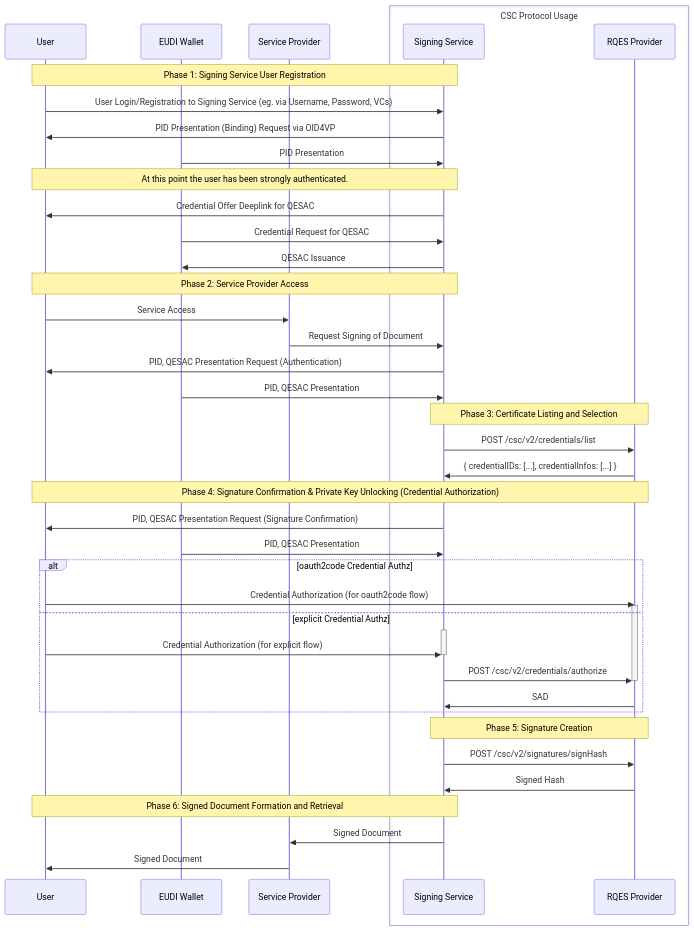
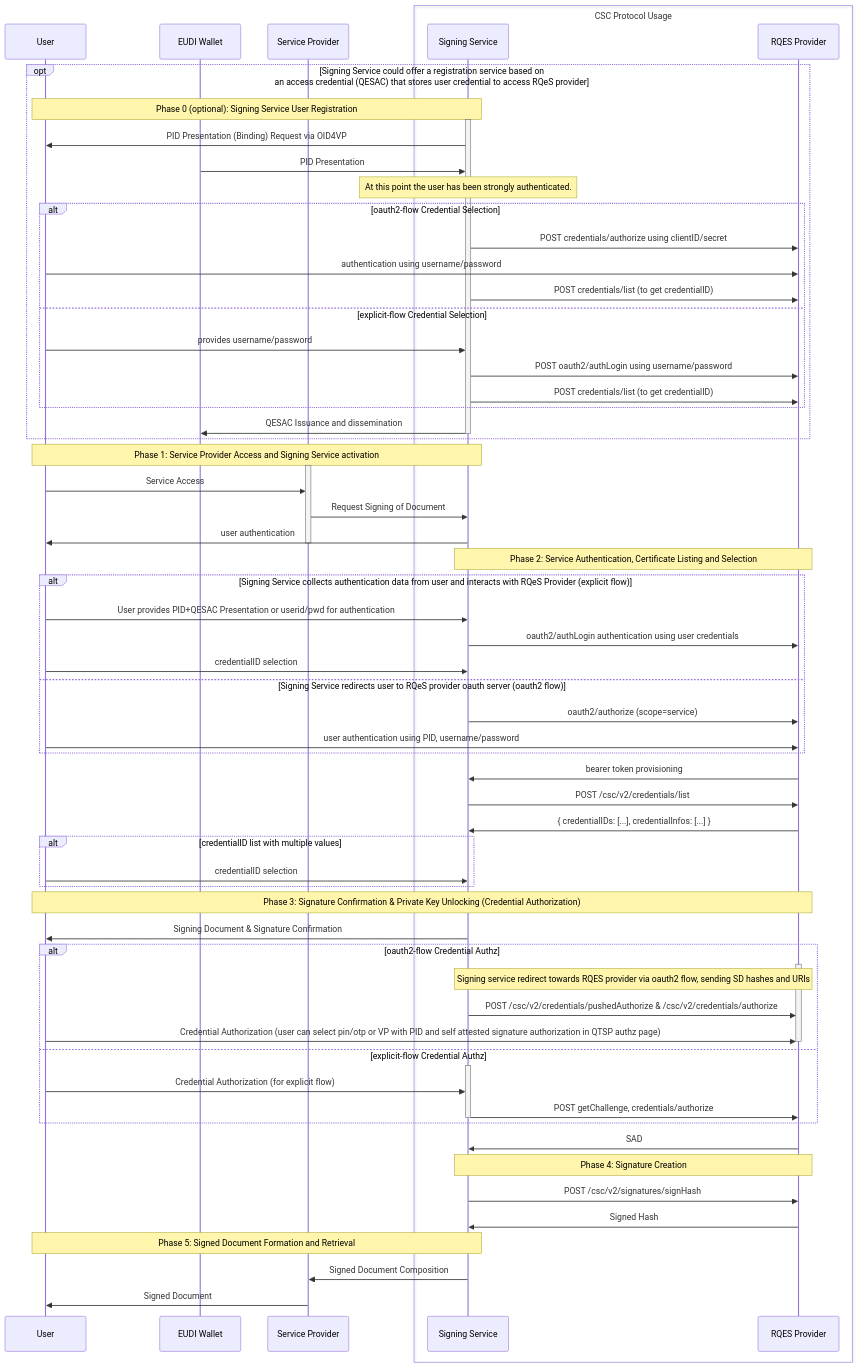
Before and after one commit to EWC-consortium/eudi-wallet-rfcs: the first of 7 diagrams in ewc-rfc010-long-term-certifice-qes-creation.md, drawn with Mermaid. The commit also changed other lines of this file, not shown here.

````diff
--- a/ewc-rfc010-long-term-certifice-qes-creation.md
+++ b/ewc-rfc010-long-term-certifice-qes-creation.md
@@ -88,57 +87,77 @@
 ```mermaid
    sequenceDiagram
     participant User
     participant EUDI Wallet
     participant Service Provider
     box CSC Protocol Usage
     participant Signing Service
     participant RQES Provider
     end
     
-    Note over User, Signing Service: Phase 1: Signing Service User Registration
-    User->>Signing Service: User Login/Registration to Signing Service (eg. via Username, Password, VCs)
-    Signing Service->>User: PID Presentation (Binding) Request via OID4VP
-    EUDI Wallet->>Signing Service: PID Presentation
-    Note over User, Signing Service: At this point the user has been strongly authenticated.
+    opt Signing Service could offer a registration service based on <br/>an access credential (QESAC) that stores user credential to access RQeS provider
+    Note over User, Signing Service: Phase 0 (optional): Signing Service User Registration
+      activate Signing Service
+      Signing Service->>User: PID Presentation (Binding) Request via OID4VP
+      EUDI Wallet->>Signing Service: PID Presentation
+      Note over Signing Service: At this point the user has been strongly authenticated.
+      alt  oauth2-flow Credential Selection
+        Signing Service->>RQES Provider: POST credentials/authorize using clientID/secret
+        User->>RQES Provider: authentication using username/password
+        Signing Service->>RQES Provider: POST credentials/list (to get credentialID)
+      else explicit-flow Credential Selection
+        User->>Signing Service: provides username/password
+        Signing Service->>RQES Provider: POST oauth2/authLogin using username/password
+        Signing Service->>RQES Provider: POST credentials/list (to get credentialID)
+      end
+    Signing Service->>EUDI Wallet: QESAC Issuance and dissemination
+    deactivate Signing Service
+    end
 
-    Signing Service->>User: Credential Offer Deeplink for QESAC
-    EUDI Wallet->>Signing Service: Credential Request for QESAC
-    Signing Service->>EUDI Wallet: QESAC Issuance
-
-    Note over User, Signing Service: Phase 2: Service Provider Access
+    Note over User, Signing Service: Phase 1: Service Provider Access and Signing Service activation
+    activate Service Provider
     User->>Service Provider: Service Access
     Service Provider->>Signing Service: Request Signing of Document
-    Signing Service->>User: PID, QESAC Presentation Request (Authentication)
-    EUDI Wallet->>Signing Service: PID, QESAC Presentation
-
-    Note over Signing Service, RQES Provider: Phase 3: Certificate Listing and Selection
+    Signing Service->>User: user authentication
+    deactivate Service Provider
+    
+    Note over Signing Service, RQES Provider: Phase 2: Service Authentication, Certificate Listing and Selection
+    alt Signing Service collects authentication data from user and interacts with RQeS Provider (explicit flow)
+      User->>Signing Service: User provides PID+QESAC Presentation or userid/pwd for authentication  
+      Signing Service->>RQES Provider: oauth2/authLogin authentication using user credentials
+      User->>Signing Service: credentialID selection
+    else Signing Service redirects user to RQeS provider oauth server (oauth2 flow)
+      Signing Service->>RQES Provider: oauth2/authorize (scope=service)
+      User->>RQES Provider: user authentication using PID, username/password
+    end
+    RQES Provider->>Signing Service: bearer token provisioning
     Signing Service->>RQES Provider: POST /csc/v2/credentials/list
     RQES Provider->>Signing Service: { credentialIDs: [...], credentialInfos: [...] }
-
-    Note over User, RQES Provider: Phase 4: Signature Confirmation & Private Key Unlocking (Credential Authorization)
-    Signing Service->>User: PID, QESAC Presentation Request (Signature Confirmation)
-    EUDI Wallet->>Signing Service: PID, QESAC Presentation
-
-    alt oauth2code Credential Authz
-    User->>RQES Provider: Credential Authorization (for oauth2code flow)
-    activate RQES Provider
-    else explicit Credential Authz
-    activate Signing Service
-    User->>Signing Service: Credential Authorization (for explicit flow)
-    deactivate Signing Service
-    
-    
-
-    Signing Service->>RQES Provider: POST /csc/v2/credentials/authorize
-    deactivate RQES Provider
-    RQES Provider->>Signing Service: SAD
+    alt credentialID list with multiple values
+      User->>Signing Service: credentialID selection 
     end
 
-    Note over Signing Service, RQES Provider: Phase 5: Signature Creation
+    Note over User, RQES Provider: Phase 3: Signature Confirmation & Private Key Unlocking (Credential Authorization)
+    Signing Service->>User: Signing Document & Signature Confirmation
+    
+    alt oauth2-flow Credential Authz
+      activate RQES Provider
+      Note over Signing Service,RQES Provider: Signing service redirect towards RQES provider via oauth2 flow, sending SD hashes and URIs
+      Signing Service->>RQES Provider: POST /csc/v2/credentials/pushedAuthorize & /csc/v2/credentials/authorize
+      User->>RQES Provider: Credential Authorization (user can select pin/otp or VP with PID and self attested signature authorization in QTSP authz page)
+      deactivate RQES Provider
+    else explicit-flow Credential Authz
+      activate Signing Service
+      User->>Signing Service: Credential Authorization (for explicit flow)
+      Signing Service->>RQES Provider: POST getChallenge, credentials/authorize
+      deactivate Signing Service
+    end
+    RQES Provider->>Signing Service: SAD
+    
+    Note over Signing Service, RQES Provider: Phase 4: Signature Creation
     Signing Service->>RQES Provider: POST /csc/v2/signatures/signHash
     RQES Provider->>Signing Service: Signed Hash
 
-    Note over User, Signing Service: Phase 6: Signed Document Formation and Retrieval
-    Signing Service->>Service Provider: Signed Document
+    Note over User, Signing Service: Phase 5: Signed Document Formation and Retrieval
+    Signing Service->>Service Provider: Signed Document Composition
     Service Provider->>User: Signed Document
 ```
````
